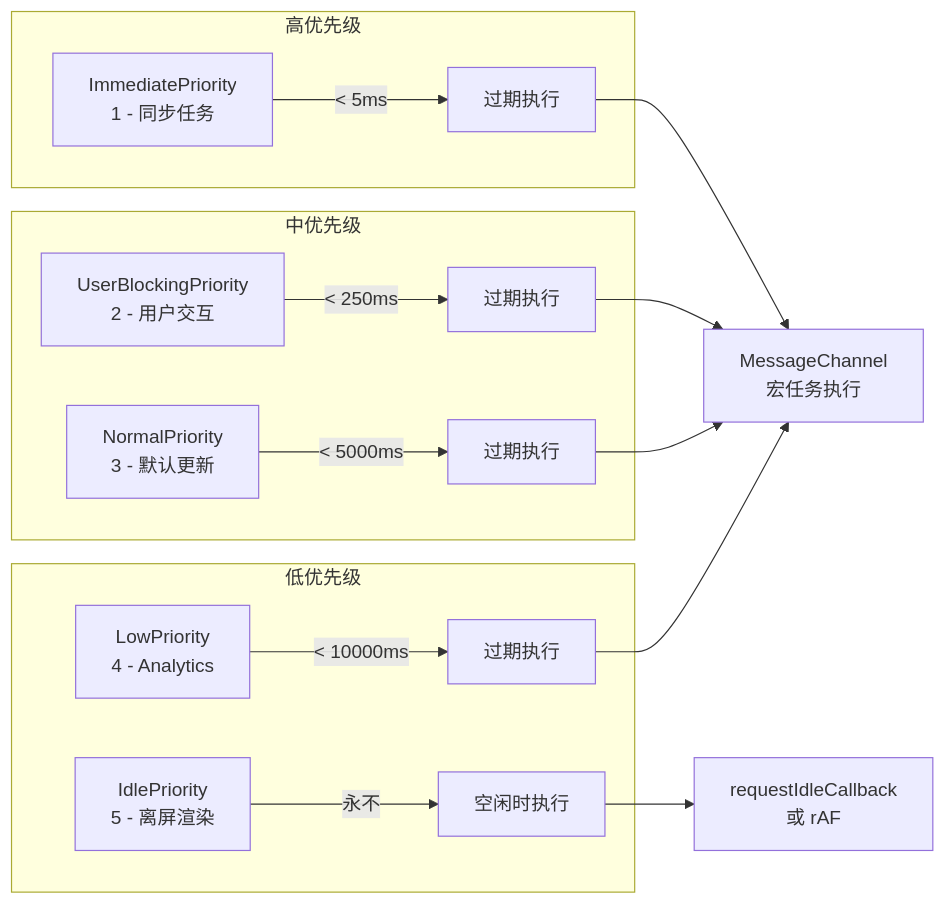
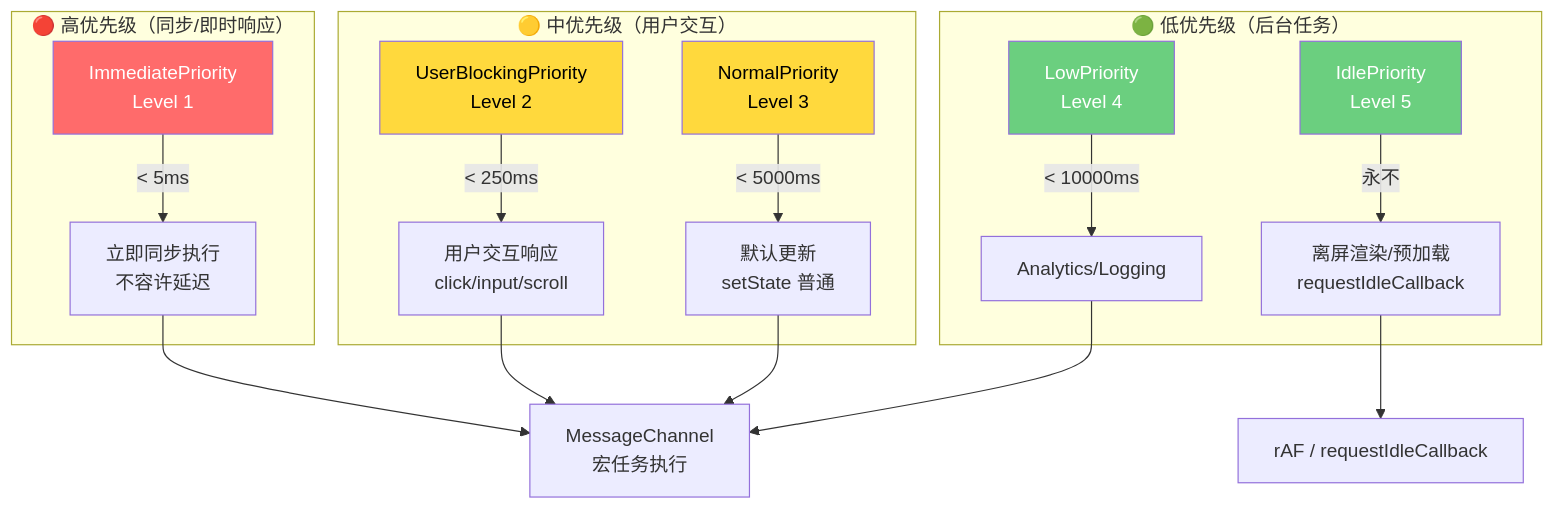
The fourth of 6 diagrams in 源码分析/React/basics/React-源码解读-Guide.md (chengj-code/frontend-knowledge), drawn with Mermaid before and after one commit. The commit also changed other lines of this file and 1 other file, not shown here.

````diff
--- a/源码分析/React/basics/React-源码解读-Guide.md
+++ b/源码分析/React/basics/React-源码解读-Guide.md
@@ -1219,22 +1507,28 @@
 ```mermaid
-graph LR
-    subgraph "高优先级"
-        A[ImmediatePriority<br/>1 - 同步任务] -->|< 5ms| B[过期执行]
+graph TB
+    subgraph "🔴 高优先级（同步/即时响应）"
+        A[ImmediatePriority<br/>Level 1] -->|< 5ms| A1[立即同步执行<br/>不容许延迟]
     end
     
-    subgraph "中优先级"
-        C[UserBlockingPriority<br/>2 - 用户交互] -->|< 250ms| D[过期执行]
-        E[NormalPriority<br/>3 - 默认更新] -->|< 5000ms| F[过期执行]
+    subgraph "🟡 中优先级（用户交互）"
+        B[UserBlockingPriority<br/>Level 2] -->|< 250ms| B1[用户交互响应<br/>click/input/scroll]
+        C[NormalPriority<br/>Level 3] -->|< 5000ms| C1[默认更新<br/>setState 普通]
     end
     
-    subgraph "低优先级"
-        G[LowPriority<br/>4 - Analytics] -->|< 10000ms| H[过期执行]
-        I[IdlePriority<br/>5 - 离屏渲染] -->|永不| J[空闲时执行]
+    subgraph "🟢 低优先级（后台任务）"
+        D[LowPriority<br/>Level 4] -->|< 10000ms| D1[Analytics/Logging]
+        E[IdlePriority<br/>Level 5] -->|永不| E1[离屏渲染/预加载<br/>requestIdleCallback]
     end
     
-    B --> K[MessageChannel<br/>宏任务执行]
-    D --> K
-    F --> K
-    H --> K
-    J --> L[requestIdleCallback<br/>或 rAF]
+    A1 --> F[MessageChannel<br/>宏任务执行]
+    B1 --> F
+    C1 --> F
+    D1 --> F
+    E1 --> G[rAF / requestIdleCallback]
+    
+    style A fill:#ff6b6b,color:#fff
+    style B fill:#ffd93d,color:#000
+    style C fill:#ffd93d,color:#000
+    style D fill:#6bcf7f,color:#fff
+    style E fill:#6bcf7f,color:#fff
 ```
````
